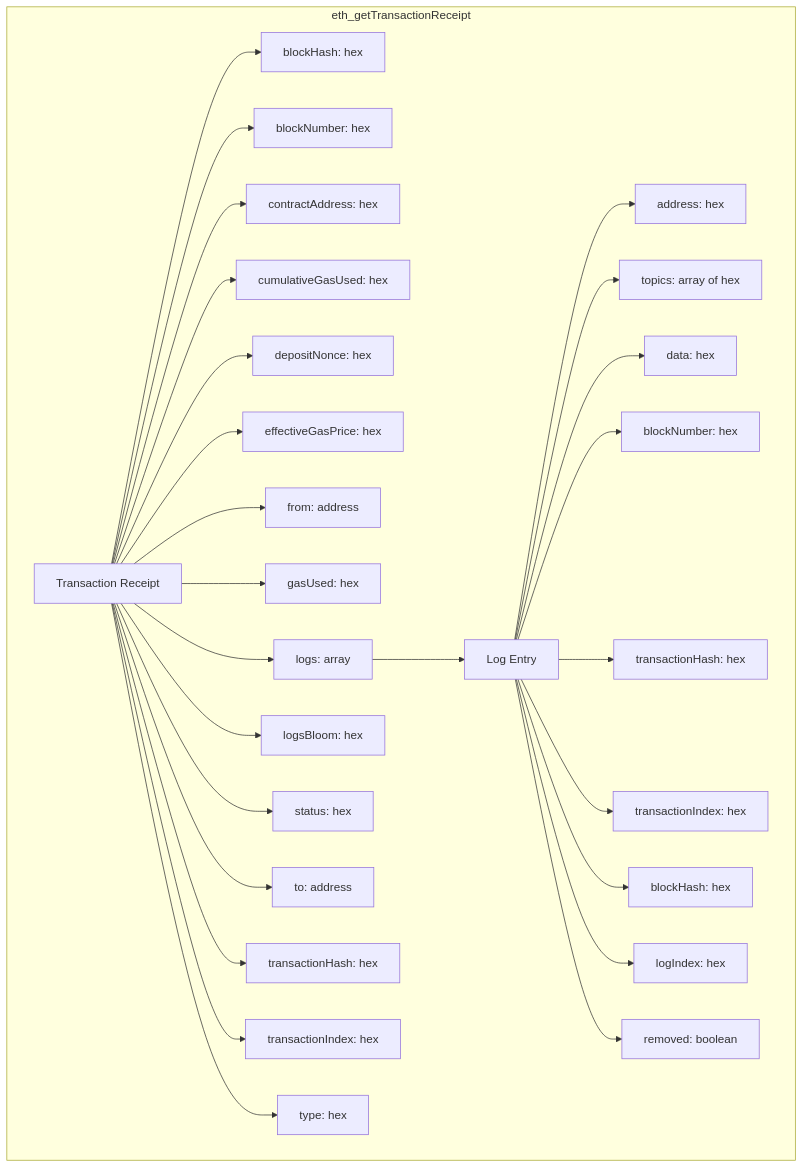
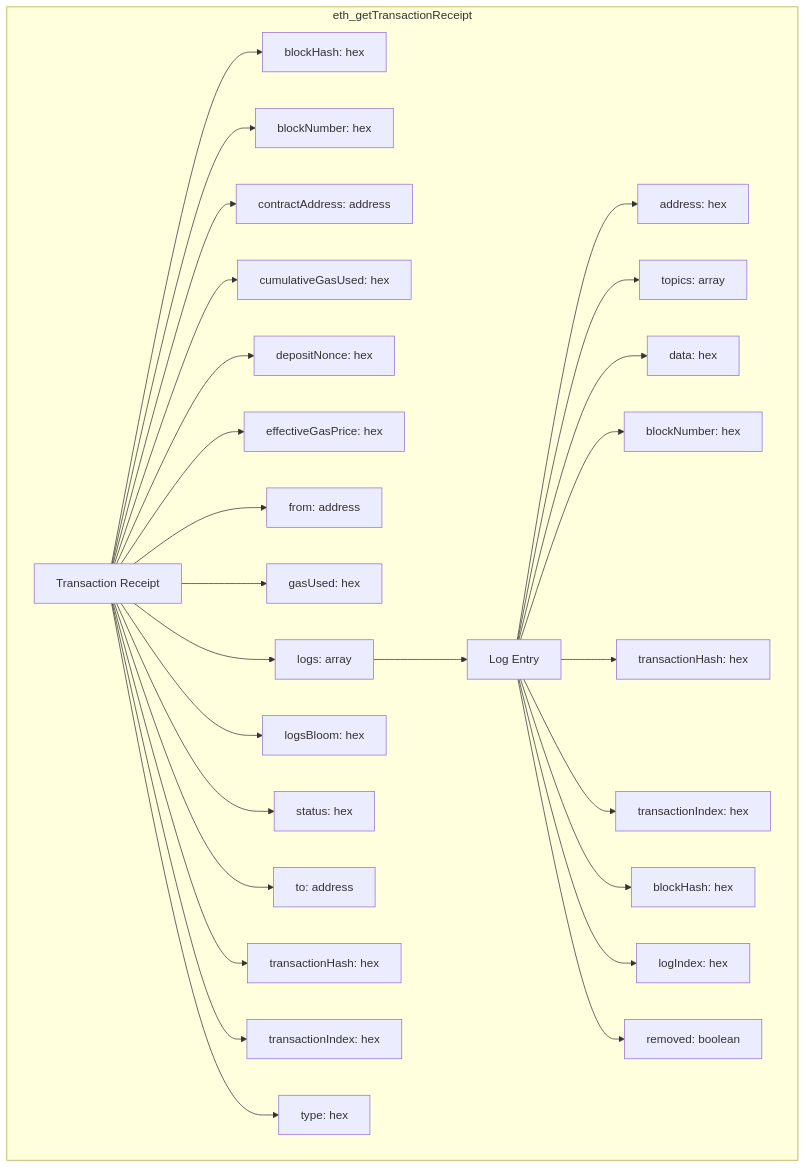
One commit to mportdata/evm-data-model changed the diagram in models/01_bronze/eth_getTransactionReceipt.md. Above: the diagram before and after it, drawn with Mermaid.

Commit message:
finsished bronze data models

````diff
--- a/models/01_bronze/eth_getTransactionReceipt.md
+++ b/models/01_bronze/eth_getTransactionReceipt.md
@@ -1,31 +1,31 @@
 ```mermaid
 graph TD
     subgraph eth_getTransactionReceipt
         Receipt[Transaction Receipt] --> BlockHash[blockHash: hex]
         Receipt --> BlockNumber[blockNumber: hex]
-        Receipt --> ContractAddress[contractAddress: hex]
+        Receipt --> ContractAddress[contractAddress: address]
         Receipt --> CumulativeGasUsed[cumulativeGasUsed: hex]
         Receipt --> DepositNonce[depositNonce: hex]
         Receipt --> EffectiveGasPrice[effectiveGasPrice: hex]
         Receipt --> From[from: address]
         Receipt --> GasUsed[gasUsed: hex]
         Receipt --> Logs[logs: array]
         Receipt --> LogsBloom[logsBloom: hex]
         Receipt --> Status[status: hex]
         Receipt --> To[to: address]
         Receipt --> TransactionHash[transactionHash: hex]
         Receipt --> TransactionIndex[transactionIndex: hex]
         Receipt --> Type[type: hex]
 
         Logs --> Log[Log Entry]
         Log --> LogAddress[address: hex]
-        Log --> LogTopics[topics: array of hex]
+        Log --> LogTopics[topics: array]
         Log --> LogData[data: hex]
         Log --> LogBlockNumber[blockNumber: hex]
         Log --> LogTransactionHash[transactionHash: hex]
         Log --> LogTransactionIndex[transactionIndex: hex]
         Log --> LogBlockHash[blockHash: hex]
         Log --> LogIndex[logIndex: hex]
         Log --> LogRemoved[removed: boolean]
     end
 ```
````
